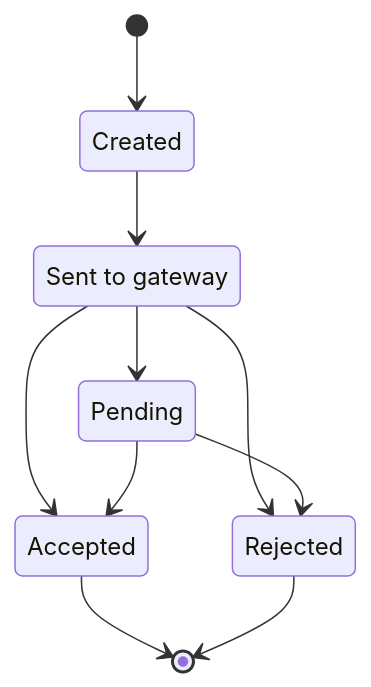
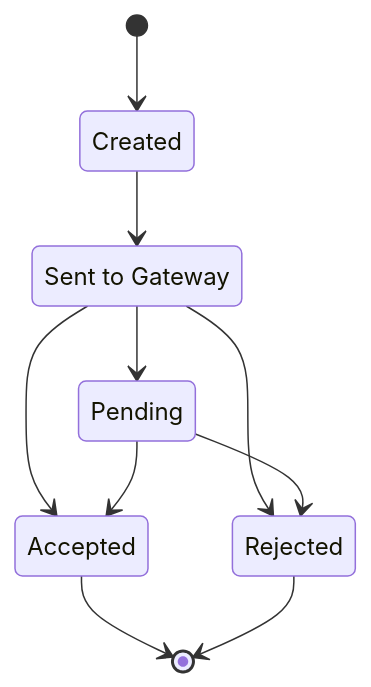
Before and after one commit to gevamu/gevamu.github.io: the third of 3 diagrams in content/4.examples/send-payment.md, drawn with Mermaid. The commit also changed other lines of this file and 6 other files, not shown here.

````diff
--- a/content/4.examples/send-payment.md
+++ b/content/4.examples/send-payment.md
@@ -79,15 +81,15 @@
 ```mermaid
 
 stateDiagram-v2
-    Sent: Sent to gateway
+    Sent: Sent to Gateway
     [*] --> Created
     Created --> Sent
     Sent --> Pending
     Sent  --> Accepted
     Sent  --> Rejected
     Pending --> Accepted
     Pending --> Rejected
     Accepted --> [*]
     Rejected --> [*]
 
 ```
````
